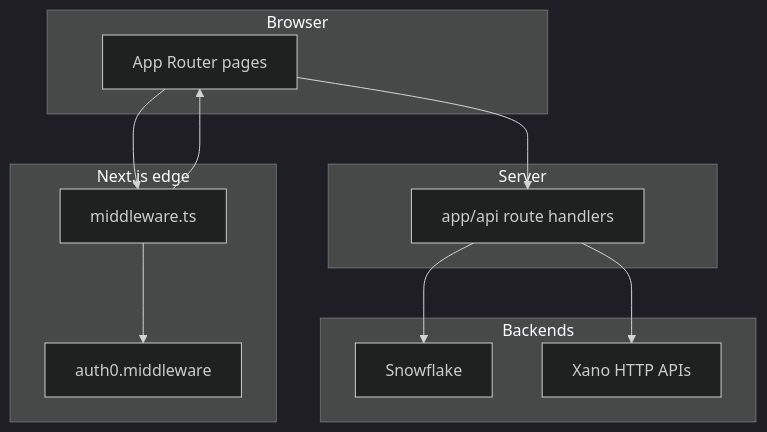
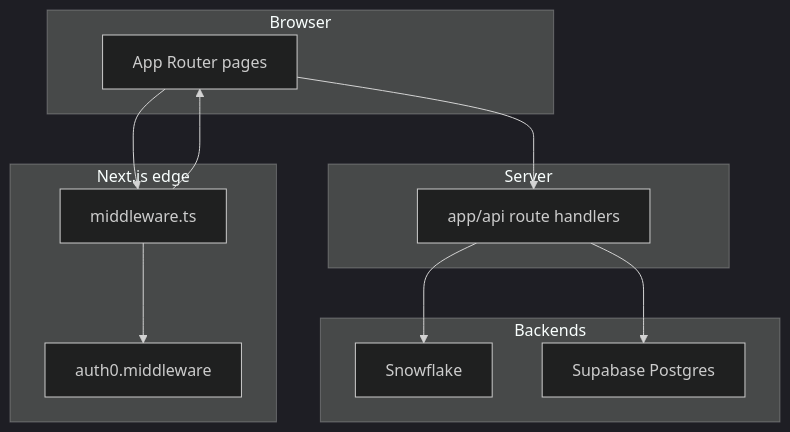
Before and after one commit to lukefitzpatrick-am/assembledview: the diagram in README.md, drawn with Mermaid (dark theme). The commit also changed other lines of this file and 4 other files, not shown here.

````diff
--- a/README.md
+++ b/README.md
@@ -193,23 +186,23 @@
 ```mermaid
 flowchart TB
   subgraph browser [Browser]
     Pages[App Router pages]
   end
   subgraph edge [Next.js edge]
     MW[middleware.ts]
     Auth0MW[auth0.middleware]
   end
   subgraph server [Server]
     API[app/api route handlers]
   end
   subgraph backends [Backends]
     SF[Snowflake]
-    Xano[Xano HTTP APIs]
+    PG[Supabase Postgres]
   end
   Pages --> MW
   MW --> Auth0MW
   MW --> Pages
   Pages --> API
   API --> SF
-  API --> Xano
+  API --> PG
 ```
````
